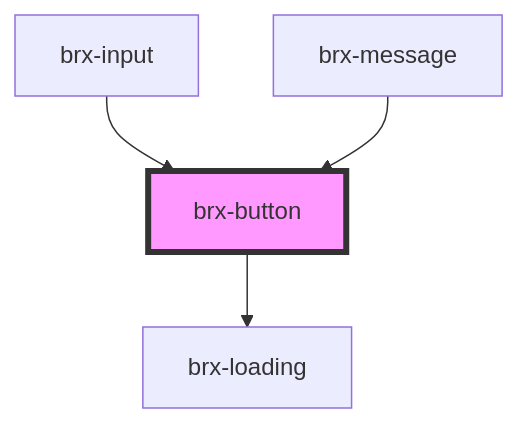
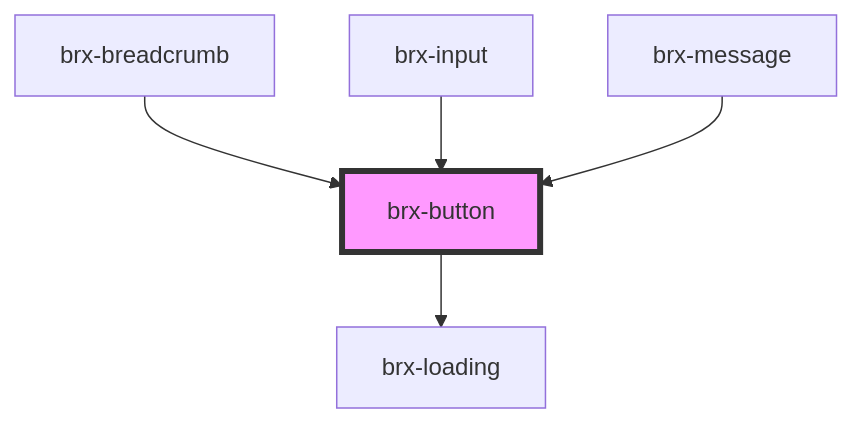
One commit to copperui/copperui changed the diagram in packages/core/src/components/brx-button/readme.md. Above: the diagram before and after it, drawn with Mermaid. The commit also changed other lines of this file and 32 other files, not shown here.

First line of the commit message:
feat(core): components: brx-breadcrumb (#32)

````diff
--- a/packages/core/src/components/brx-button/readme.md
+++ b/packages/core/src/components/brx-button/readme.md
@@ -50,7 +51,8 @@
 ```mermaid
 graph TD;
   brx-button --> brx-loading
+  brx-breadcrumb --> brx-button
   brx-input --> brx-button
   brx-message --> brx-button
   style brx-button fill:#f9f,stroke:#333,stroke-width:4px
 ```
````
